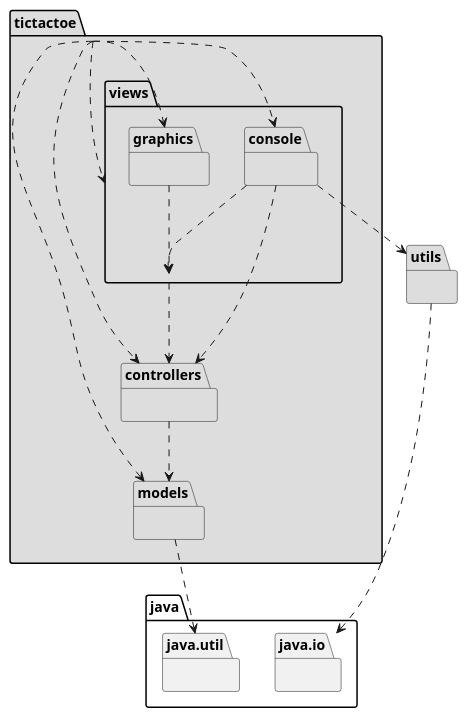
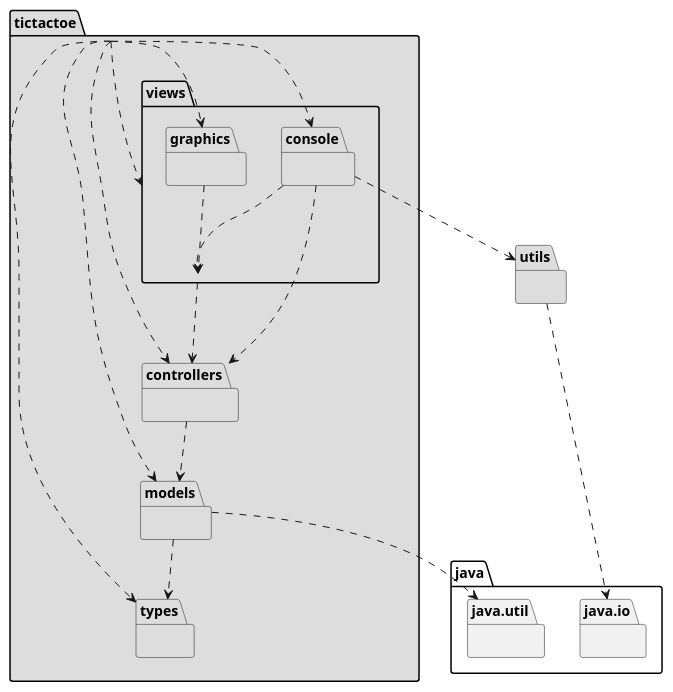
One commit to Jolucaa/USantaTecla-project-ticTacToe changed the diagram in modelViewPresenter/presentationModel/withFacade/docs/diagrams/src/arquitectura.plantuml. Above: the diagram before and after it, drawn with PlantUML. The commit also changed 7 other files, not shown here.

Commit message:
[mvp.pm.withFacade] Refactored diagrams

```diff
--- a/modelViewPresenter/presentationModel/withFacade/docs/diagrams/src/arquitectura.plantuml
+++ b/modelViewPresenter/presentationModel/withFacade/docs/diagrams/src/arquitectura.plantuml
@@ -1,31 +1,34 @@
 @startuml arquitectura
 package tictactoe #DDDDDD { }
 tictactoe .down.> tictactoe.models
 tictactoe .down.> tictactoe.views.console
 tictactoe .down.> tictactoe.views.graphics
 tictactoe .down.> tictactoe.controllers
 tictactoe .down.> tictactoe.views
+tictactoe .down.> tictactoe.types
 
 package tictactoe.controllers #DDDDDD { }
 tictactoe.controllers .down.> tictactoe.models
 
 package tictactoe.models #DDDDDD { }
+tictactoe.models .down.> tictactoe.types
+package tictactoe.types #DDDDDD { }
 package java.util{ }
 tictactoe.models .down.> java.util
 
 package utils #DDDDDD { }
 package java.io{ }
 utils .down.> java.io
 
 package tictactoe.views #DDDDDD { }
 tictactoe.views .down.> tictactoe.controllers
 
 package tictactoe.views.console #DDDDDD { }
 tictactoe.views.console .down.> tictactoe.views
 tictactoe.views.console .down.> tictactoe.controllers
 tictactoe.views.console .down.> utils
 
 package tictactoe.views.graphics #DDDDDD { }
 tictactoe.views.graphics .down.> tictactoe.views
 
 @enduml
```
